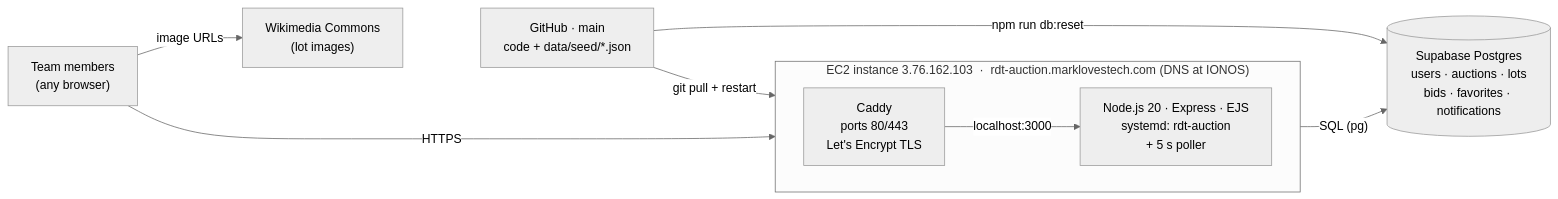
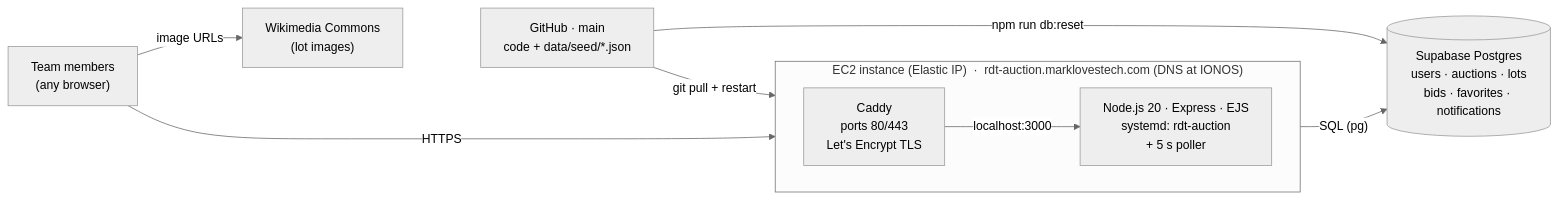
The diagram in README.md (COG-GTM/realdreamteam), drawn with Mermaid (neutral theme) before and after one commit. The commit also changed other lines of this file and 2 other files, not shown here.

Commit message:
bug: remove the EC2 host IP from public docs (#54)

````diff
--- a/README.md
+++ b/README.md
@@ -31,20 +31,20 @@
 ```mermaid
 flowchart LR
     U["Team members<br/>(any browser)"]
-    subgraph EC2["EC2 instance 3.76.162.103 &nbsp;·&nbsp; rdt-auction.marklovestech.com (DNS at IONOS)"]
+    subgraph EC2["EC2 instance (Elastic IP) &nbsp;·&nbsp; rdt-auction.marklovestech.com (DNS at IONOS)"]
         direction LR
         C["Caddy<br/>ports 80/443<br/>Let's Encrypt TLS"]
         N["Node.js 20 · Express · EJS<br/>systemd: rdt-auction<br/>+ 5 s poller"]
         C -->|"localhost:3000"| N
     end
     DB[("Supabase Postgres<br/>users · auctions · lots<br/>bids · favorites · notifications")]
     W["Wikimedia Commons<br/>(lot images)"]
     G["GitHub · main<br/>code + data/seed/*.json"]
 
     U -->|HTTPS| C
     N -->|"SQL (pg)"| DB
     G -->|"git pull + restart"| N
     G -->|"npm run db:reset"| DB
     U -->|"image URLs"| W
     W ~~~ G
 ```
````
